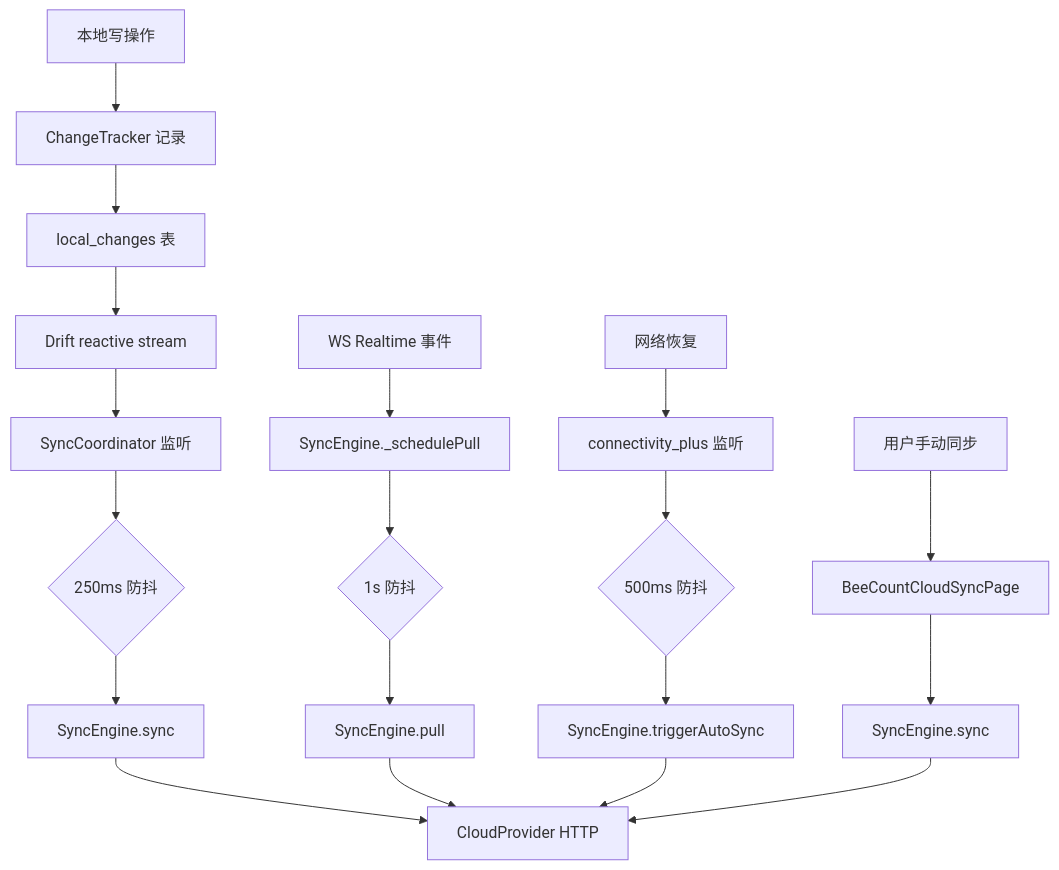
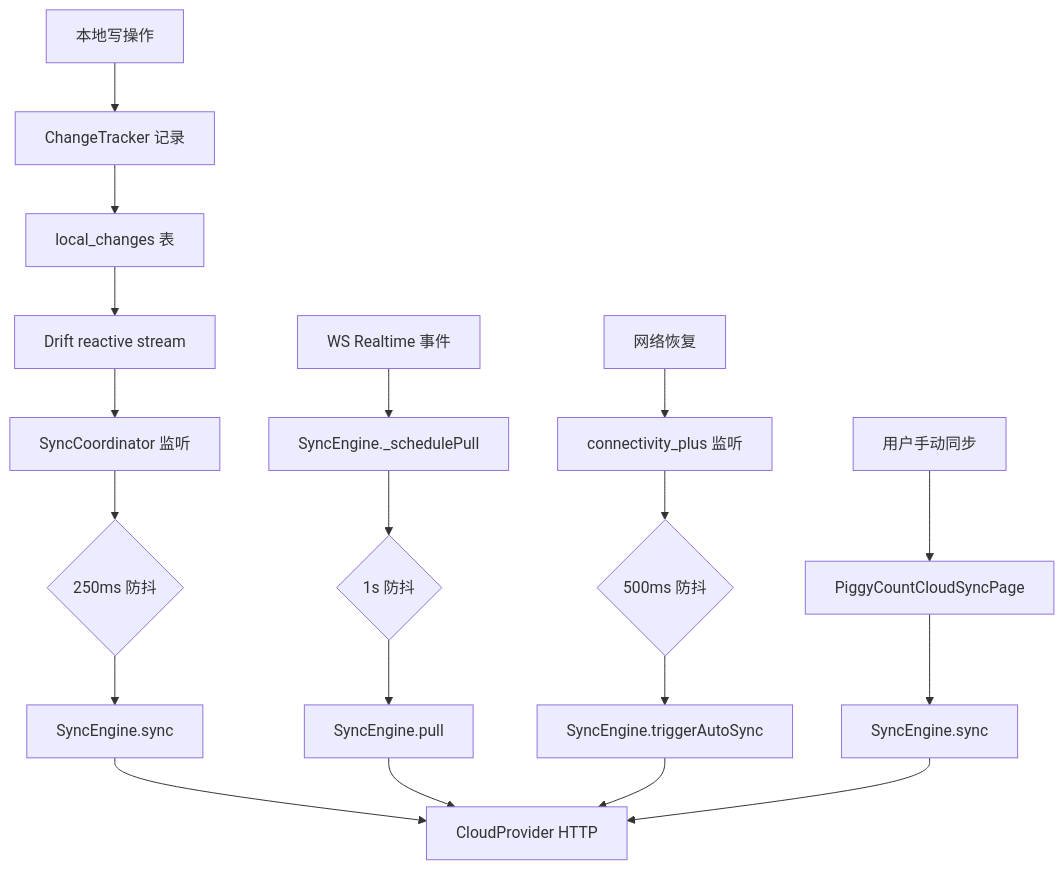
The eighth of 8 diagrams in docoments/04-system-architecture.md (mecoren/PiggyCount), drawn with Mermaid before and after one commit. The commit also changed other lines of this file and 91 other files, not shown here.

````diff
--- a/docoments/04-system-architecture.md
+++ b/docoments/04-system-architecture.md
@@ -466,25 +466,25 @@
 ```mermaid
 flowchart TD
     A[本地写操作] --> B[ChangeTracker 记录]
     B --> C[local_changes 表]
     C --> D[Drift reactive stream]
     D --> E[SyncCoordinator 监听]
     E --> F{250ms 防抖}
     F --> G[SyncEngine.sync]
 
     H[WS Realtime 事件] --> I[SyncEngine._schedulePull]
     I --> J{1s 防抖}
     J --> K[SyncEngine.pull]
 
     L[网络恢复] --> M[connectivity_plus 监听]
     M --> N{500ms 防抖}
     N --> O[SyncEngine.triggerAutoSync]
 
-    P[用户手动同步] --> Q[BeeCountCloudSyncPage]
+    P[用户手动同步] --> Q[PiggyCountCloudSyncPage]
     Q --> R[SyncEngine.sync]
 
     G --> S[CloudProvider HTTP]
     K --> S
     O --> S
     R --> S
 ```
````
